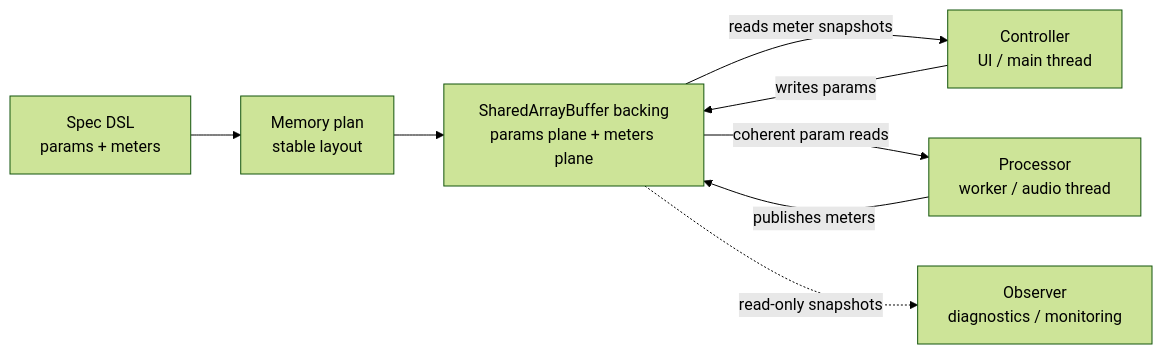
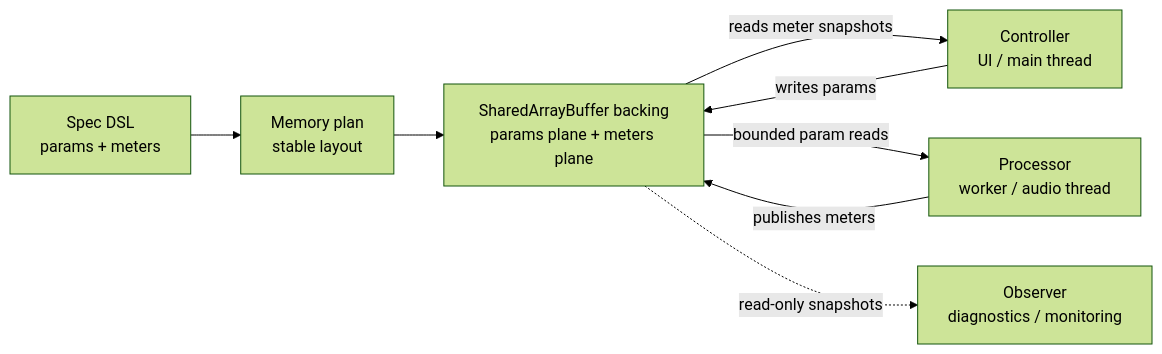
The diagram in apps/docs/src/core-flow.md (maikeleckelboom/exclave-seqlok), drawn with Mermaid (forest theme) before and after one commit. The commit also changed other lines of this file and 33 other files, not shown here.

````diff
--- a/apps/docs/src/core-flow.md
+++ b/apps/docs/src/core-flow.md
@@ -9,17 +9,17 @@
 ```mermaid
 flowchart LR
   spec["Spec DSL<br/>params + meters"] --> plan["Memory plan<br/>stable layout"]
   plan --> backing["SharedArrayBuffer backing<br/>params plane + meters plane"]
 
   controller["Controller<br/>UI / main thread"]
   processor["Processor<br/>worker / audio thread"]
   observer["Observer<br/>diagnostics / monitoring"]
 
   controller -->|writes params| backing
   backing -->|reads meter snapshots| controller
 
-  backing -->|coherent param reads| processor
+  backing -->|bounded param reads| processor
   processor -->|publishes meters| backing
 
   backing -.->|read-only snapshots| observer
 ```
````
